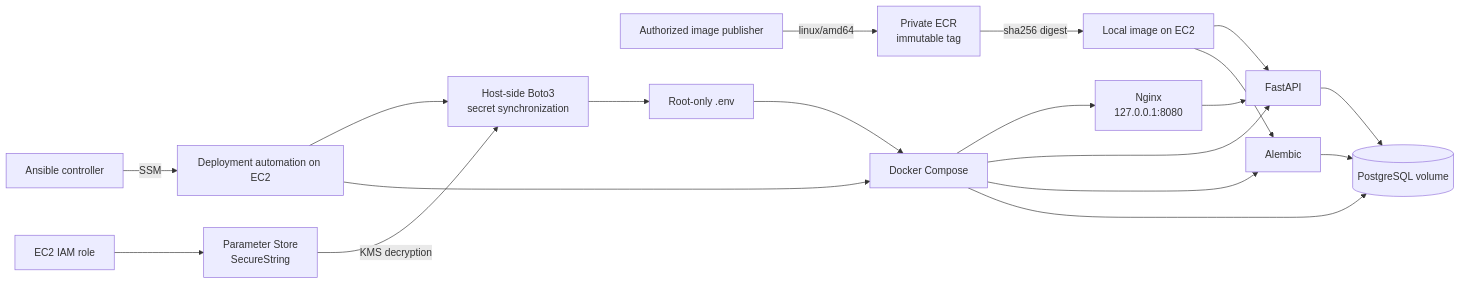
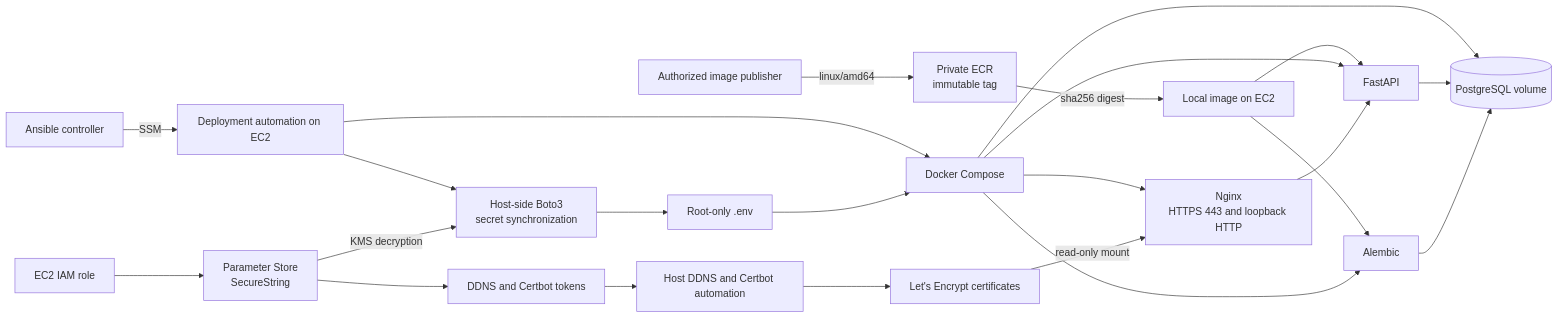
One commit to Orlando-Alvarez/Ticket-API changed the fifth of 5 diagrams in docs/architecture.md. Above: the diagram before and after it, drawn with Mermaid. The commit also changed other lines of this file and 8 other files, not shown here.

````diff
--- a/docs/architecture.md
+++ b/docs/architecture.md
@@ -207,21 +216,25 @@
 ```mermaid
 flowchart LR
     Publisher[Authorized image publisher] -->|linux/amd64| ECR[Private ECR<br/>immutable tag]
     ECR -->|sha256 digest| Image[Local image on EC2]
     Ansible[Ansible controller] -->|SSM| Deploy[Deployment automation on EC2]
     Deploy --> Sync[Host-side Boto3<br/>secret synchronization]
     Role[EC2 IAM role] --> Parameters[Parameter Store<br/>SecureString]
     Parameters -->|KMS decryption| Sync
     Sync --> Env[Root-only .env]
+    Parameters --> CloudTokens[DDNS and Certbot tokens]
+    CloudTokens --> TLS[Host DDNS and Certbot automation]
+    TLS --> Certs[Let's Encrypt certificates]
     Image --> API[FastAPI]
     Image --> Migrate[Alembic]
     Deploy --> Compose[Docker Compose]
     Env --> Compose
-    Compose --> Nginx[Nginx<br/>127.0.0.1:8080]
+    Compose --> Nginx[Nginx<br/>HTTPS 443 and loopback HTTP]
+    Certs -->|read-only mount| Nginx
     Compose --> API
     Compose --> Migrate
     Compose --> DB[(PostgreSQL volume)]
     Nginx --> API
     API --> DB
     Migrate --> DB
 ```
````
